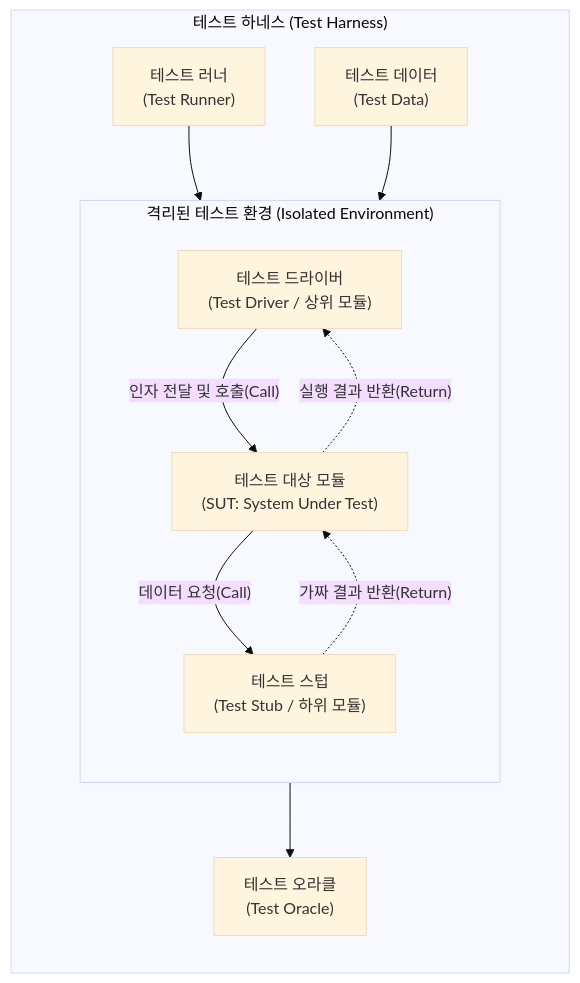
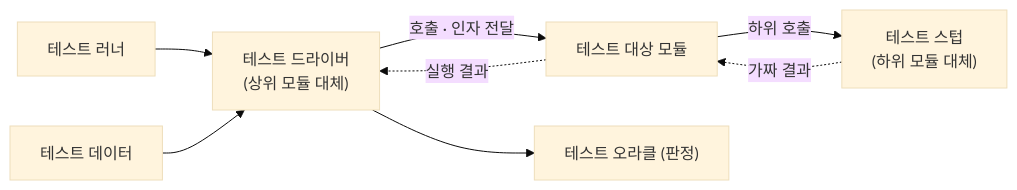
The diagram in content/01_IT Tech/테스트 하네스.md (supremethumb/supremethumb.github.io), drawn with Mermaid (base theme) before and after one commit. The commit also changed other lines of this file and 1087 other files, not shown here.

````diff
--- a/content/01_IT Tech/테스트 하네스.md
+++ b/content/01_IT Tech/테스트 하네스.md
@@ -23,26 +34,10 @@
 ```mermaid
-flowchart TB
-    subgraph Test_Harness ["테스트 하네스 (Test Harness)"]
-        direction TB
-        TR["테스트 러너<br/>(Test Runner)"]
-        TD["테스트 데이터<br/>(Test Data)"]
-        Oracle["테스트 오라클<br/>(Test Oracle)"]
-
-        subgraph Environment ["격리된 테스트 환경 (Isolated Environment)"]
-            direction TB
-            Driver["테스트 드라이버<br/>(Test Driver / 상위 모듈)"]
-            SUT["테스트 대상 모듈<br/>(SUT: System Under Test)"]
-            Stub["테스트 스텁<br/>(Test Stub / 하위 모듈)"]
-
-            Driver -- "인자 전달 및 호출(Call)" --> SUT
-            SUT -- "데이터 요청(Call)" --> Stub
-            Stub -. "가짜 결과 반환(Return)" .-> SUT
-            SUT -. "실행 결과 반환(Return)" .-> Driver
-        end
-
-        TR --> Driver
-        TD --> Driver
-        Driver --> Oracle
-    end
-
+flowchart LR
+    TR["테스트 러너"] --> DR["테스트 드라이버<br/>(상위 모듈 대체)"]
+    TD["테스트 데이터"] --> DR
+    DR -- "호출 · 인자 전달" --> SUT["테스트 대상 모듈"]
+    SUT -- "하위 호출" --> ST["테스트 스텁<br/>(하위 모듈 대체)"]
+    ST -. "가짜 결과" .-> SUT
+    SUT -. "실행 결과" .-> DR
+    DR --> OR["테스트 오라클 (판정)"]
 ```
````
